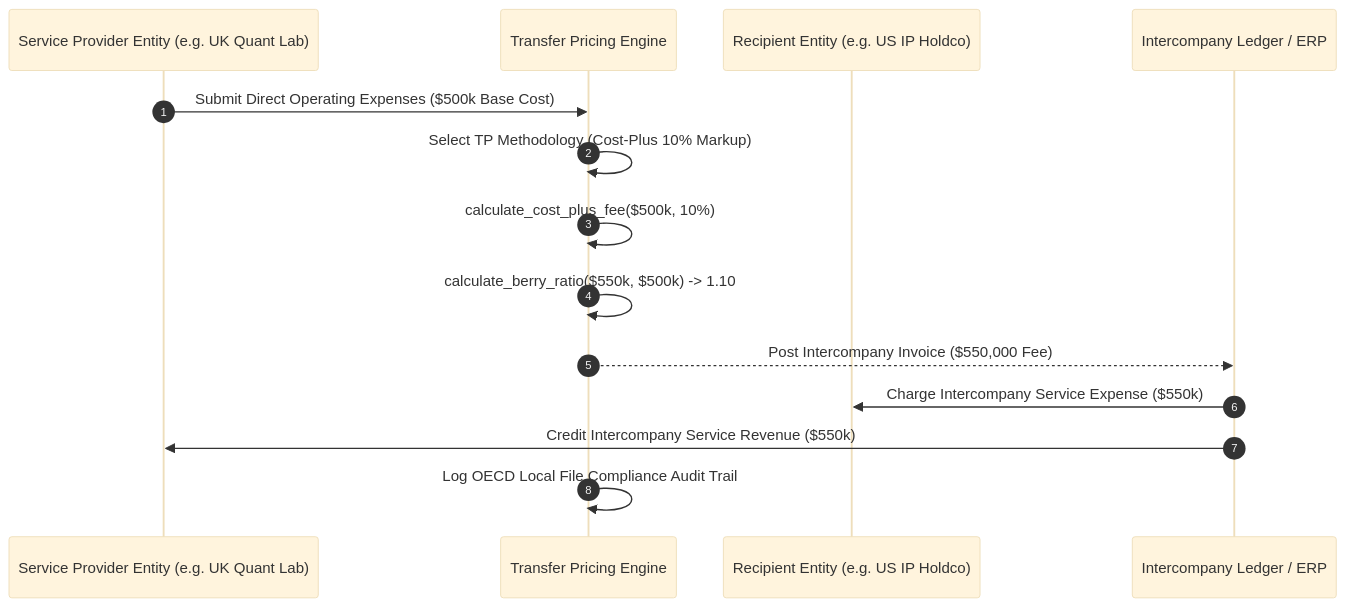
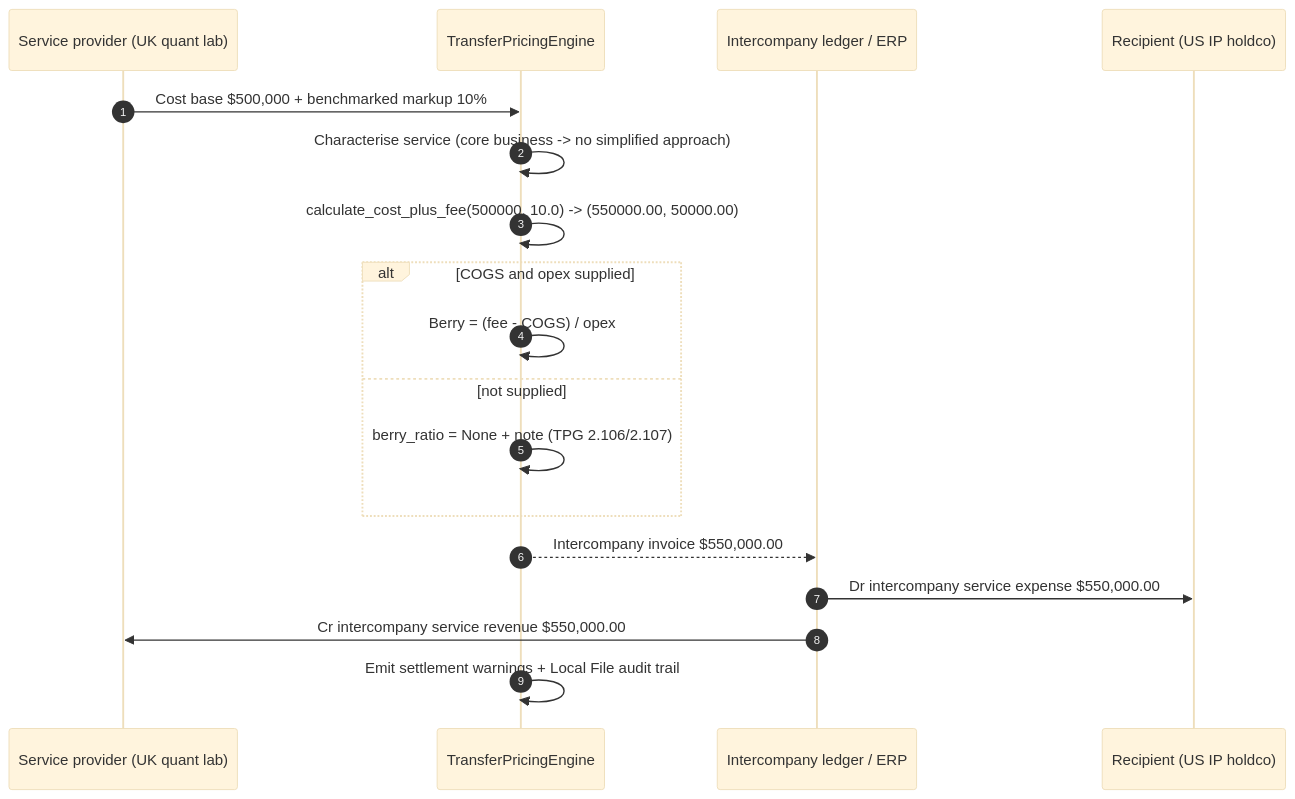
Before and after one commit to HimanshuJ16/Algo-Trading-Skills: the first of 3 diagrams in skills/transfer-pricing-considerations-for-multi-entity-trading-operations/references/workflows.md, drawn with Mermaid (base theme). The commit also changed other lines of this file and 443 other files, not shown here.

````diff
--- a/skills/transfer-pricing-considerations-for-multi-entity-trading-operations/references/workflows.md
+++ b/skills/transfer-pricing-considerations-for-multi-entity-trading-operations/references/workflows.md
@@ -4,19 +9,23 @@
 ```mermaid
 sequenceDiagram
     autonumber
-    participant Provider as Service Provider Entity (e.g. UK Quant Lab)
-    participant Engine as Transfer Pricing Engine
-    participant Recipient as Recipient Entity (e.g. US IP Holdco)
-    participant Accounting as Intercompany Ledger / ERP
+    participant Provider as Service provider (UK quant lab)
+    participant Engine as TransferPricingEngine
+    participant Accounting as Intercompany ledger / ERP
+    participant Recipient as Recipient (US IP holdco)
 
-    Provider->>Engine: Submit Direct Operating Expenses ($500k Base Cost)
-    Engine->>Engine: Select TP Methodology (Cost-Plus 10% Markup)
-    Engine->>Engine: calculate_cost_plus_fee($500k, 10%)
-    Engine->>Engine: calculate_berry_ratio($550k, $500k) -> 1.10
-    
-    Engine-->>Accounting: Post Intercompany Invoice ($550,000 Fee)
-    Accounting->>Recipient: Charge Intercompany Service Expense ($550k)
-    Accounting->>Provider: Credit Intercompany Service Revenue ($550k)
-    
-    Engine->>Engine: Log OECD Local File Compliance Audit Trail
+    Provider->>Engine: Cost base $500,000 + benchmarked markup 10%
+    Engine->>Engine: Characterise service (core business -> no simplified approach)
+    Engine->>Engine: calculate_cost_plus_fee(500000, 10.0) -> (550000.00, 50000.00)
+    alt COGS and opex supplied
+        Engine->>Engine: Berry = (fee - COGS) / opex
+    else not supplied
+        Engine->>Engine: berry_ratio = None + note (TPG 2.106/2.107)
+    end
+
+    Engine-->>Accounting: Intercompany invoice $550,000.00
+    Accounting->>Recipient: Dr intercompany service expense $550,000.00
+    Accounting->>Provider: Cr intercompany service revenue $550,000.00
+
+    Engine->>Engine: Emit settlement warnings + Local File audit trail
 ```
````
